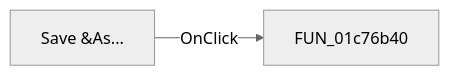
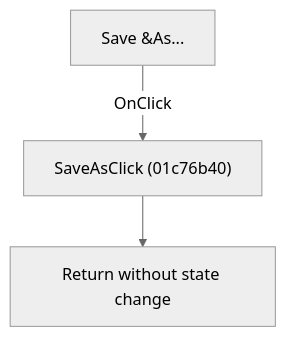
One commit to MovGP0/TIARA changed the diagram in docs/ui-controls/schematiceditor/saveas-de344fadbd.md. Above: the diagram before and after it, drawn with Mermaid (neutral theme). The commit also changed other lines of this file and 1062 other files, not shown here.

````diff
--- a/docs/ui-controls/schematiceditor/saveas-de344fadbd.md
+++ b/docs/ui-controls/schematiceditor/saveas-de344fadbd.md
@@ -27,4 +27,5 @@
 ```mermaid
-flowchart LR
-    control["Save &As..."] -->|OnClick| handler["FUN_01c76b40"]
+flowchart TD
+    control["Save &As..."] -->|"OnClick"| handler["SaveAsClick (01c76b40)"]
+    handler --> return["Return without state change"]
 ```
````
